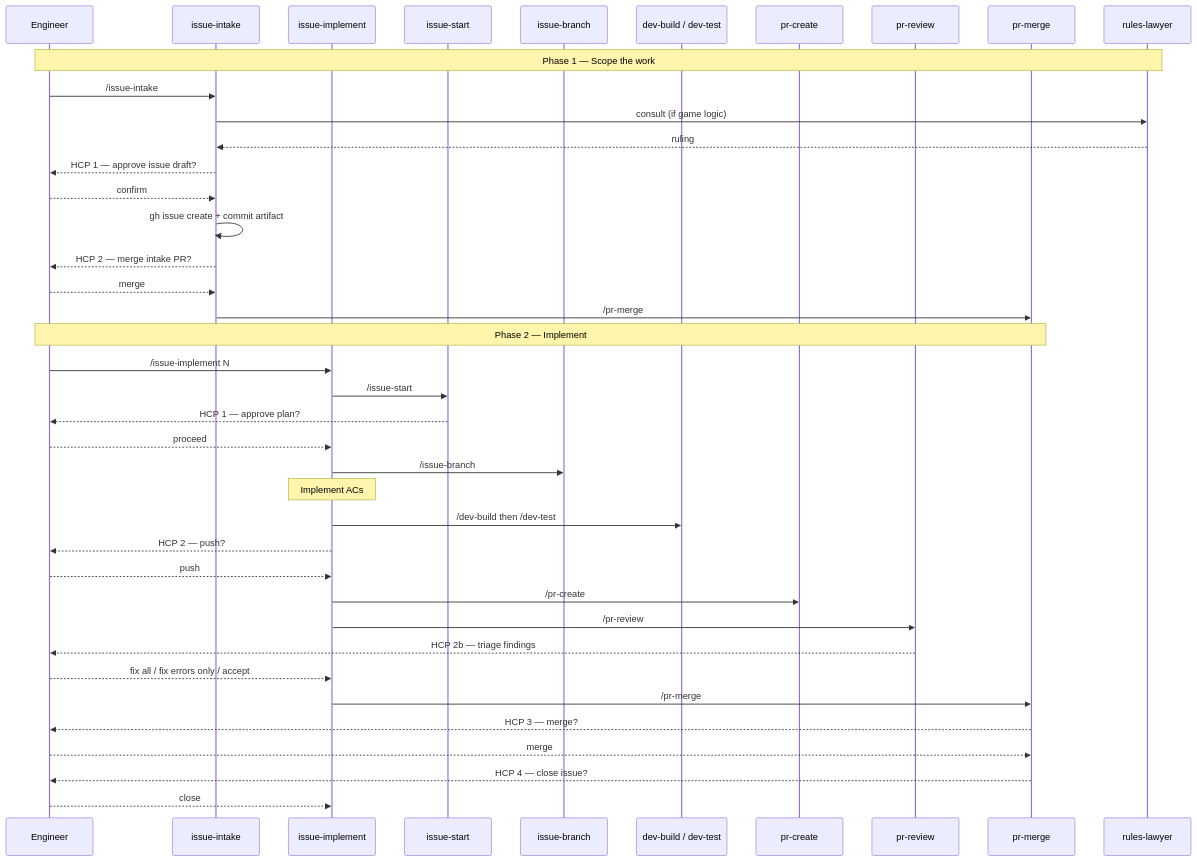
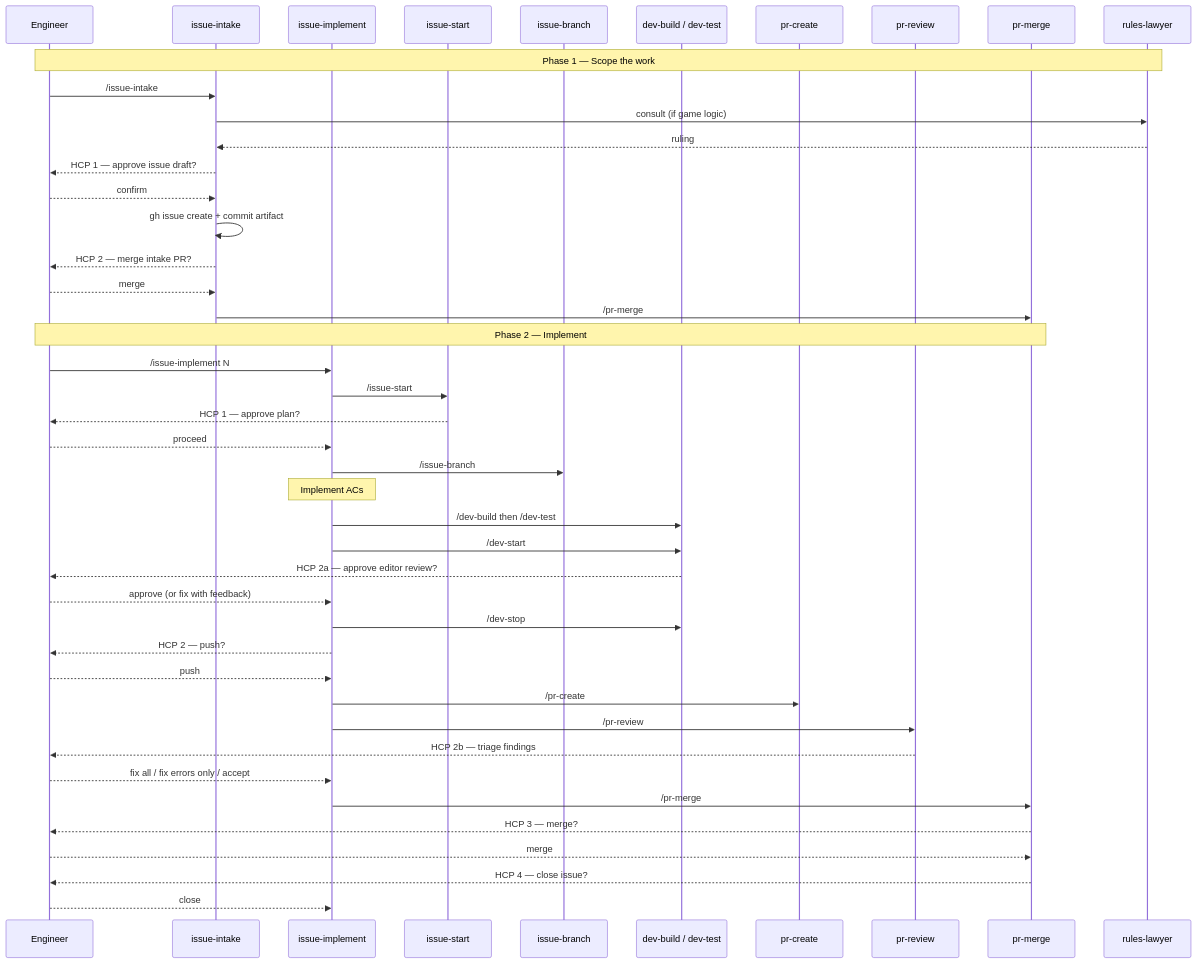
One commit to ashitaka-emishi/lob-online changed the fourth of 5 diagrams in docs/claude-ecosystem/orchestration.md. Above: the diagram before and after it, drawn with Mermaid. The commit also changed other lines of this file and 8 other files, not shown here.

First line of the commit message:
feat(#61): add live editor review gate to issue-implement workflow (#65)

````diff
--- a/docs/claude-ecosystem/orchestration.md
+++ b/docs/claude-ecosystem/orchestration.md
@@ -233,44 +241,48 @@
 ```mermaid
 sequenceDiagram
   participant E as Engineer
   participant II as issue-intake
   participant IM as issue-implement
   participant IS as issue-start
   participant IB as issue-branch
   participant DB as dev-build / dev-test
   participant PC as pr-create
   participant PR as pr-review
   participant PM as pr-merge
   participant RL as rules-lawyer
 
   Note over E,RL: Phase 1 — Scope the work
   E->>II: /issue-intake
   II->>RL: consult (if game logic)
   RL-->>II: ruling
   II-->>E: HCP 1 — approve issue draft?
   E-->>II: confirm
   II->>II: gh issue create + commit artifact
   II-->>E: HCP 2 — merge intake PR?
   E-->>II: merge
   II->>PM: /pr-merge
 
   Note over E,PM: Phase 2 — Implement
   E->>IM: /issue-implement N
   IM->>IS: /issue-start
   IS-->>E: HCP 1 — approve plan?
   E-->>IM: proceed
   IM->>IB: /issue-branch
   Note over IM: Implement ACs
   IM->>DB: /dev-build then /dev-test
+  IM->>DB: /dev-start
+  DB-->>E: HCP 2a — approve editor review?
+  E-->>IM: approve (or fix with feedback)
+  IM->>DB: /dev-stop
   IM-->>E: HCP 2 — push?
   E-->>IM: push
   IM->>PC: /pr-create
   IM->>PR: /pr-review
   PR-->>E: HCP 2b — triage findings
   E-->>IM: fix all / fix errors only / accept
   IM->>PM: /pr-merge
   PM-->>E: HCP 3 — merge?
   E-->>PM: merge
   PM-->>E: HCP 4 — close issue?
   E-->>IM: close
 ```
````
